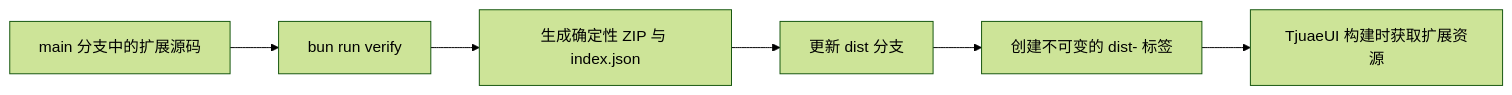
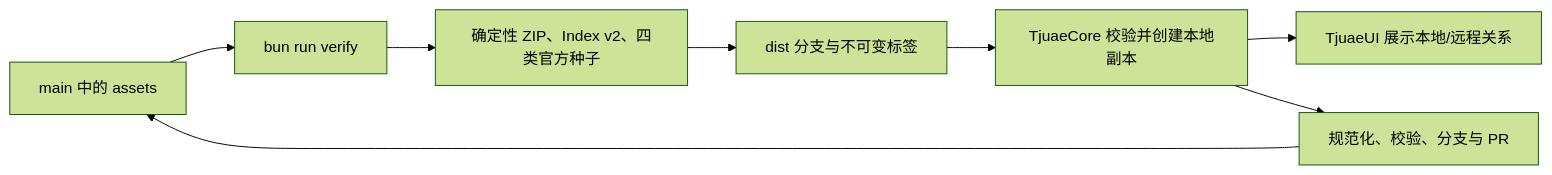
The diagram in README.md (liangboqiang/TjuaeHub), drawn with Mermaid (forest theme) before and after one commit. The commit also changed other lines of this file and 191 other files, not shown here.

````diff
--- a/README.md
+++ b/README.md
@@ -19,8 +22,10 @@
 ```mermaid
 flowchart LR
-  Source["main 分支中的扩展源码"] --> Verify["bun run verify"]
-  Verify --> Archive["生成确定性 ZIP 与 index.json"]
-  Archive --> Dist["更新 dist 分支"]
-  Dist --> Tag["创建不可变的 dist-<commit> 标签"]
-  Tag --> UI["TjuaeUI 构建时获取扩展资源"]
+  Source["main 中的 assets"] --> Verify["bun run verify"]
+  Verify --> Build["确定性 ZIP、Index v2、四类官方种子"]
+  Build --> Dist["dist 分支与不可变标签"]
+  Dist --> Core["TjuaeCore 校验并创建本地副本"]
+  Core --> UI["TjuaeUI 展示本地/远程关系"]
+  Core --> PR["规范化、校验、分支与 PR"]
+  PR --> Source
 ```
````
